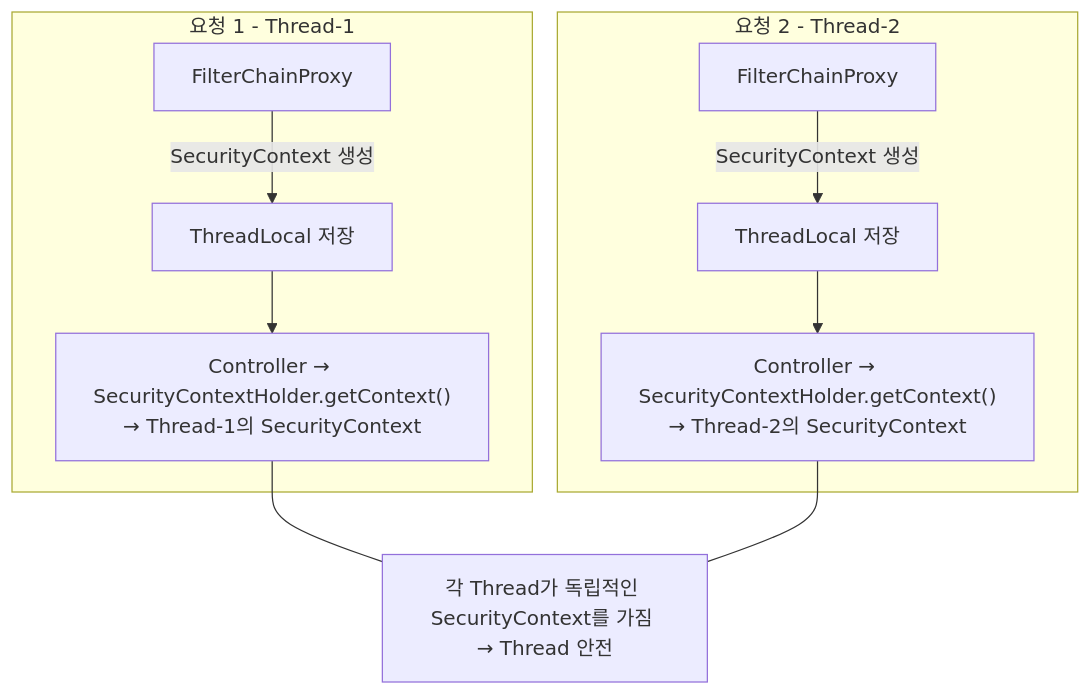
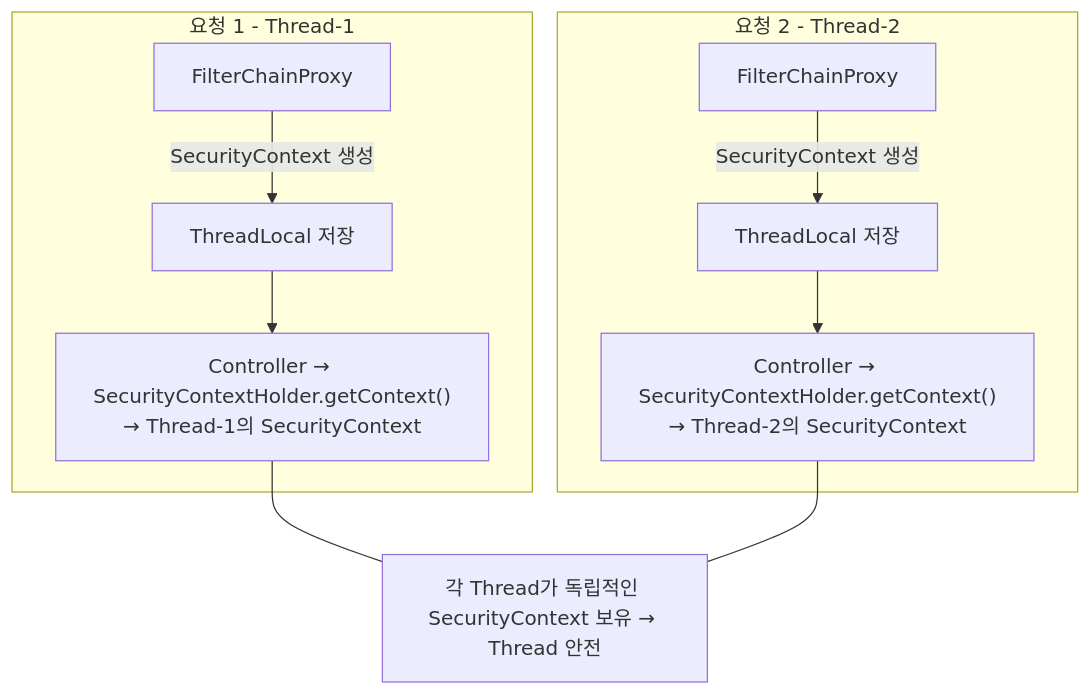
The fourth of 5 diagrams in _posts/spring/2026-05-01-spring-security-architecture.md (yjkim2015/yjkim2015.github.io), drawn with Mermaid before and after one commit. The commit also changed other lines of this file and 34 other files, not shown here.

First line of the commit message:
Full quality pass: 41 files — ASCII removed, 동작원리 보강, diagrams

```diff
--- a/_posts/spring/2026-05-01-spring-security-architecture.md
+++ b/_posts/spring/2026-05-01-spring-security-architecture.md
@@ -354,13 +190,13 @@
 <div class="mermaid">
 graph TD
     subgraph "요청 1 - Thread-1"
-        A1[FilterChainProxy] -->|SecurityContext 생성| B1[ThreadLocal 저장]
+        A1["FilterChainProxy"] -->|"SecurityContext 생성"| B1["ThreadLocal 저장"]
         B1 --> C1["Controller → SecurityContextHolder.getContext()<br>→ Thread-1의 SecurityContext"]
     end
     subgraph "요청 2 - Thread-2"
-        A2[FilterChainProxy] -->|SecurityContext 생성| B2[ThreadLocal 저장]
+        A2["FilterChainProxy"] -->|"SecurityContext 생성"| B2["ThreadLocal 저장"]
         B2 --> C2["Controller → SecurityContextHolder.getContext()<br>→ Thread-2의 SecurityContext"]
     end
-    C1 --- NOTE["각 Thread가 독립적인 SecurityContext를 가짐 → Thread 안전"]
+    C1 --- NOTE["각 Thread가 독립적인 SecurityContext 보유 → Thread 안전"]
     C2 --- NOTE
 </div>
```
